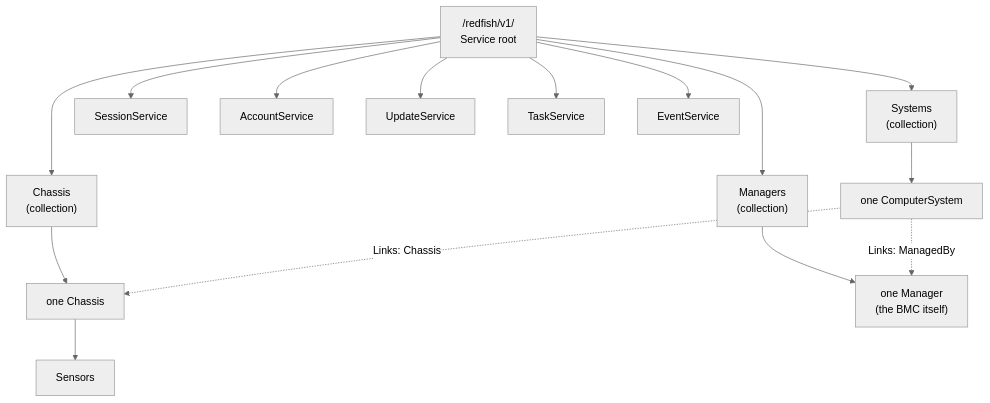
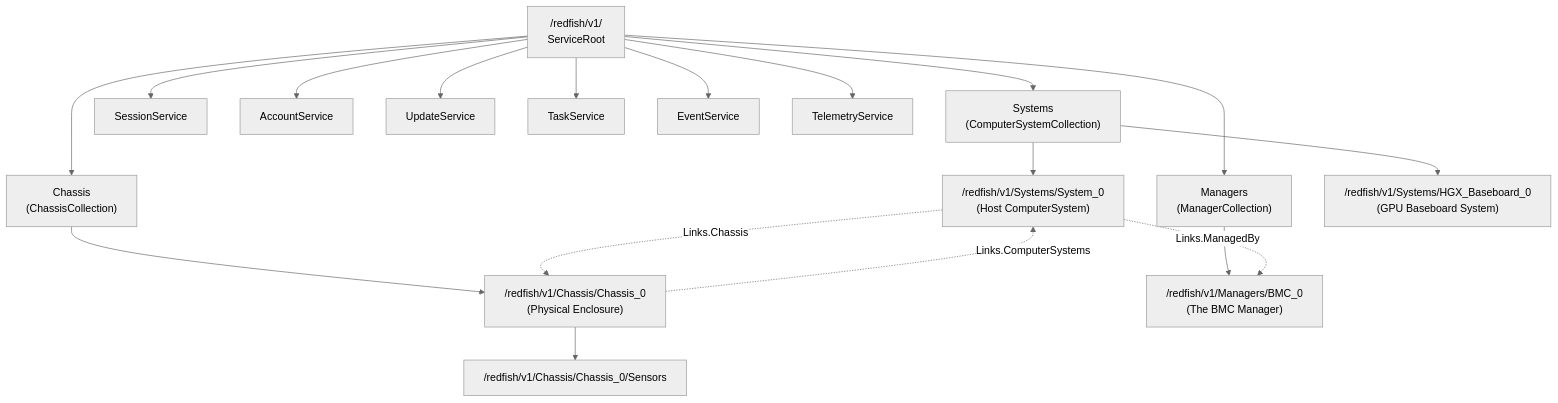
One commit to jithinpnjm/ai-infra-handbook changed the diagram in docs/part-07-redfish-bmc/02-redfish-concepts-service-root-resources-collections-odata.md. Above: the diagram before and after it, drawn with Mermaid (neutral theme). The commit also changed other lines of this file and 4 other files, not shown here.

Commit message:
Complete Chapter 7.2: Redfish concepts: service root, resources, collections and OData

````diff
--- a/docs/part-07-redfish-bmc/02-redfish-concepts-service-root-resources-collections-odata.md
+++ b/docs/part-07-redfish-bmc/02-redfish-concepts-service-root-resources-collections-odata.md
@@ -51,18 +61,21 @@
 ```mermaid
 flowchart TD
-    ROOT["/redfish/v1/<br/>Service root"]
-    ROOT --> SYS["Systems<br/>(collection)"]
-    ROOT --> CH["Chassis<br/>(collection)"]
-    ROOT --> MG["Managers<br/>(collection)"]
+    ROOT["/redfish/v1/<br/>ServiceRoot"]
+    ROOT --> SYS["Systems<br/>(ComputerSystemCollection)"]
+    ROOT --> CH["Chassis<br/>(ChassisCollection)"]
+    ROOT --> MG["Managers<br/>(ManagerCollection)"]
     ROOT --> SS["SessionService"]
     ROOT --> AS["AccountService"]
     ROOT --> US["UpdateService"]
     ROOT --> TS["TaskService"]
     ROOT --> ES["EventService"]
-    SYS --> S1["one ComputerSystem"]
-    CH --> C1["one Chassis"]
-    MG --> M1["one Manager<br/>(the BMC itself)"]
-    C1 --> SEN["Sensors"]
-    S1 -. "Links: Chassis" .-> C1
-    S1 -. "Links: ManagedBy" .-> M1
+    ROOT --> TEL["TelemetryService"]
+    SYS --> S1["/redfish/v1/Systems/System_0<br/>(Host ComputerSystem)"]
+    SYS --> S2["/redfish/v1/Systems/HGX_Baseboard_0<br/>(GPU Baseboard System)"]
+    CH --> C1["/redfish/v1/Chassis/Chassis_0<br/>(Physical Enclosure)"]
+    MG --> M1["/redfish/v1/Managers/BMC_0<br/>(The BMC Manager)"]
+    C1 --> SEN["/redfish/v1/Chassis/Chassis_0/Sensors"]
+    S1 -. "Links.Chassis" .-> C1
+    S1 -. "Links.ManagedBy" .-> M1
+    C1 -. "Links.ComputerSystems" .-> S1
 ```
````
